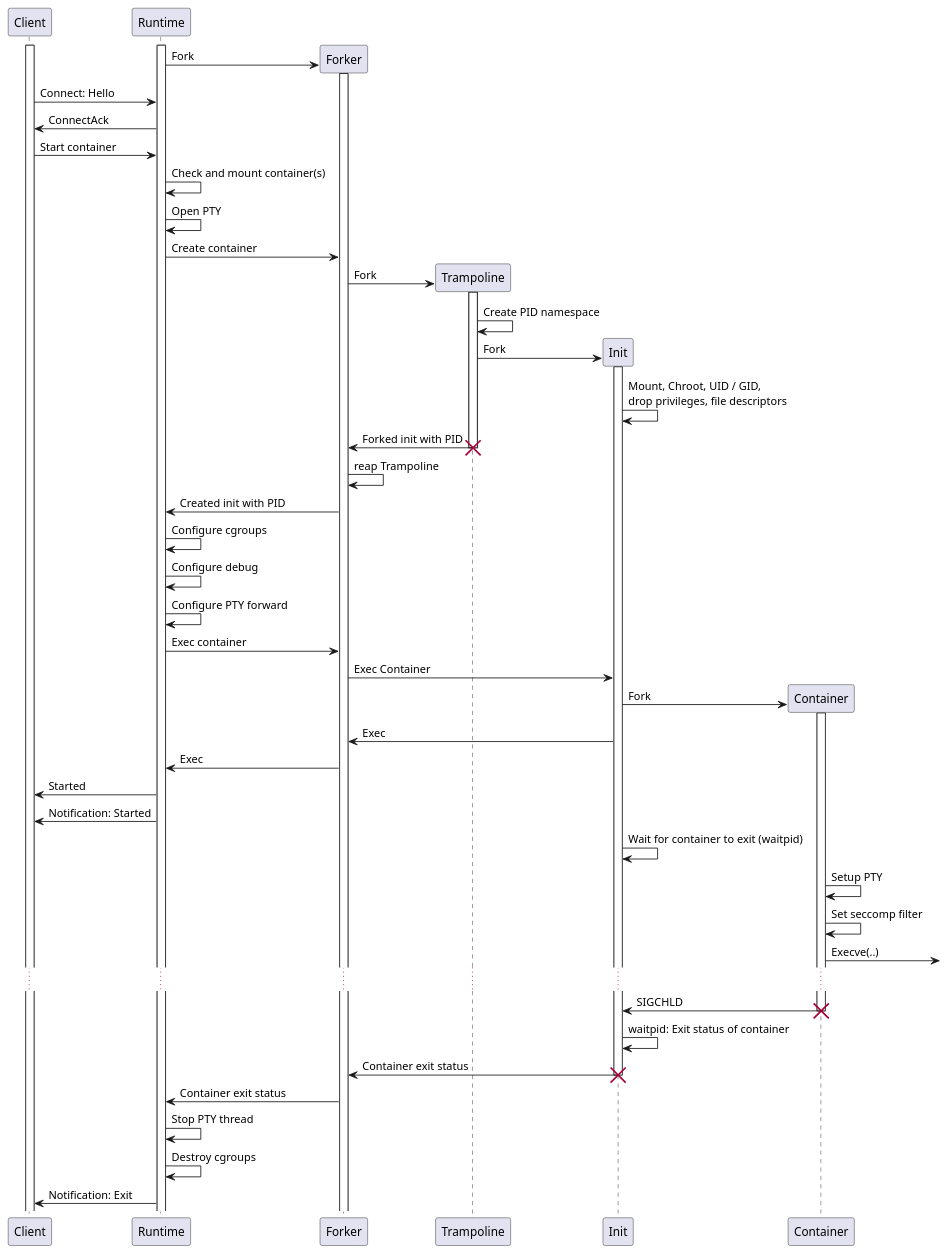
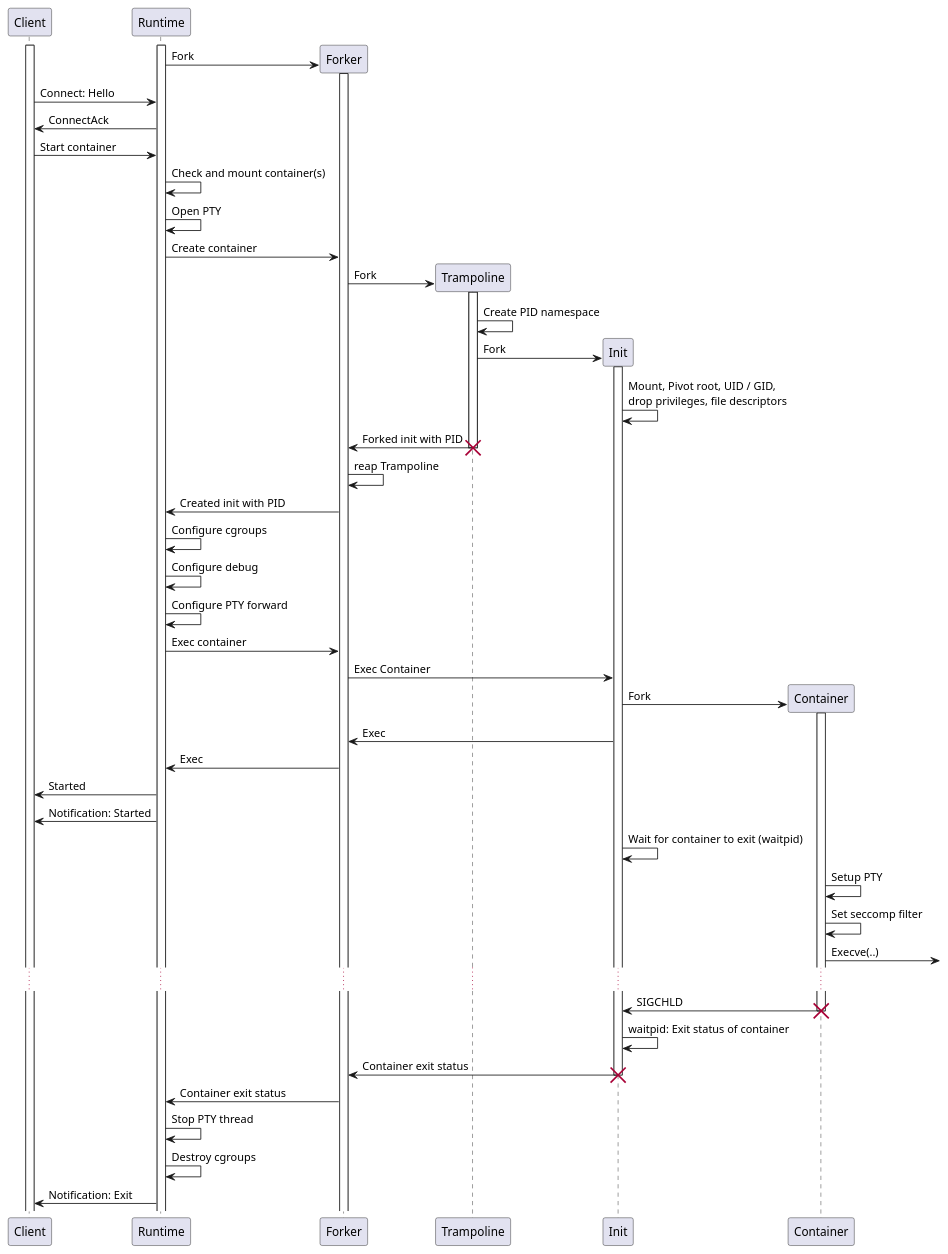
The diagram in doc/container-startup.puml (esrlabs/northstar), drawn with PlantUML before and after one commit. The commit also changed 5 other files, not shown here.

First line of the commit message:
Call pivot_root to set container's root mount (#520)

```diff
--- a/doc/container-startup.puml
+++ b/doc/container-startup.puml
@@ -1,69 +1,69 @@
 @startuml container-startup
 
 create Client
 activate Client
 
 create Runtime
 activate Runtime
 
 create Forker
 Runtime -> Forker: Fork
 activate Forker
 
 Client -> Runtime: Connect: Hello
 Client <- Runtime: ConnectAck
 Client -> Runtime: Start container
 Runtime -> Runtime: Check and mount container(s)
 Runtime -> Runtime: Open PTY
 
 Runtime -> Forker: Create container
 
 create Trampoline
 Forker -> Trampoline: Fork
 activate Trampoline
 Trampoline -> Trampoline: Create PID namespace
 
 create Init
 Trampoline -> Init: Fork
 activate Init
-Init -> Init: Mount, Chroot, UID / GID,\ndrop privileges, file descriptors
+Init -> Init: Mount, Pivot root, UID / GID,\ndrop privileges, file descriptors
 
 Trampoline -> Forker: Forked init with PID
 destroy Trampoline
 
 Forker -> Forker: reap Trampoline
 
 Forker -> Runtime: Created init with PID
 
 Runtime -> Runtime: Configure cgroups
 Runtime -> Runtime: Configure debug
 Runtime -> Runtime: Configure PTY forward
 
 Runtime -> Forker: Exec container
 Forker -> Init: Exec Container
 create Container
 Init -> Container: Fork
 activate Container
 Forker <- Init: Exec
 Runtime <- Forker: Exec
 Client <- Runtime: Started
 Client <- Runtime: Notification: Started
 
 Init -> Init: Wait for container to exit (waitpid)
 Container -> Container: Setup PTY
 Container -> Container: Set seccomp filter
 Container -> : Execve(..)
 ...
 Container -> Init: SIGCHLD
 destroy Container
 
 Init -> Init: waitpid: Exit status of container
 Init -> Forker: Container exit status
 destroy Init
 
 Forker -> Runtime: Container exit status
 Runtime -> Runtime: Stop PTY thread
 Runtime -> Runtime: Destroy cgroups
 Client <- Runtime: Notification: Exit
 
 @enduml
```
